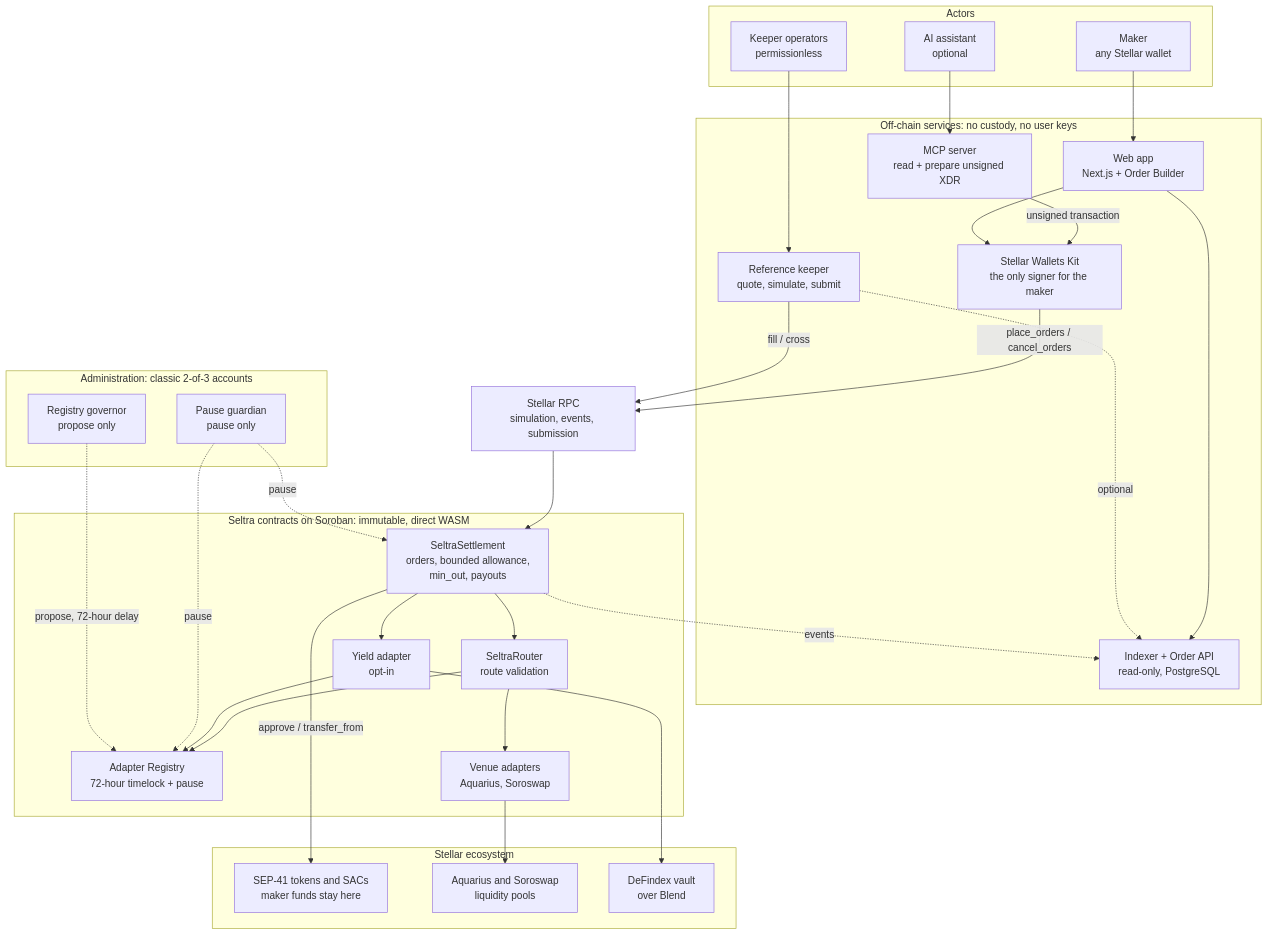
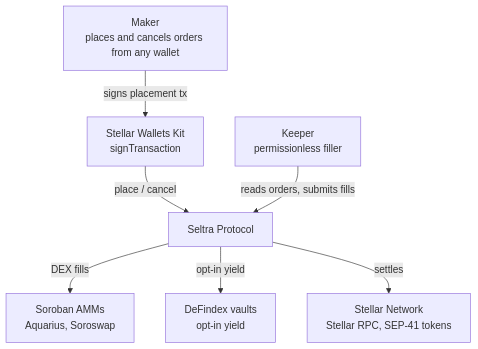
The first of 4 diagrams in ARCHITECTURE-2.md (SeltraFinance/Seltra-Roadmap), drawn with Mermaid before and after one commit. The commit also changed other lines of this file, not shown here.

Commit message:
Update technical architecture doc

````diff
--- a/ARCHITECTURE-2.md
+++ b/ARCHITECTURE-2.md
@@ -43,63 +48,17 @@
 ```mermaid
 flowchart TB
-    subgraph Actors["Actors"]
-        Maker["Maker<br/>any Stellar wallet"]
-        Assistant["AI assistant<br/>optional"]
-        Operator["Keeper operators<br/>permissionless"]
-    end
+    Maker["Maker<br/>places and cancels orders from any wallet"]
+    Keeper["Keeper<br/>permissionless filler"]
+    Wallets["Stellar Wallets Kit<br/>signTransaction"]
+    Seltra["Seltra Protocol"]
+    AMMs["Soroban AMMs<br/>Aquarius, Soroswap"]
+    Vaults["DeFindex vaults<br/>opt-in yield"]
+    Network["Stellar Network<br/>Stellar RPC, SEP-41 tokens"]
 
-    subgraph OffChain["Off-chain services: no custody, no user keys"]
-        App["Web app<br/>Next.js + Order Builder"]
-        MCP["MCP server<br/>read + prepare unsigned XDR"]
-        Wallet["Stellar Wallets Kit<br/>the only signer for the maker"]
-        KeeperSvc["Reference keeper<br/>quote, simulate, submit"]
-        API["Indexer + Order API<br/>read-only, PostgreSQL"]
-    end
-
-    RPC["Stellar RPC<br/>simulation, events, submission"]
-
-    subgraph Seltra["Seltra contracts on Soroban: immutable, direct WASM"]
-        Settlement["SeltraSettlement<br/>orders, bounded allowance,<br/>min_out, payouts"]
-        Router["SeltraRouter<br/>route validation"]
-        Registry["Adapter Registry<br/>72-hour timelock + pause"]
-        Venues["Venue adapters<br/>Aquarius, Soroswap"]
-        YieldA["Yield adapter<br/>opt-in"]
-    end
-
-    subgraph Admin["Administration: classic 2-of-3 accounts"]
-        Guardian["Pause guardian<br/>pause only"]
-        Governor["Registry governor<br/>propose only"]
-    end
-
-    subgraph Ecosystem["Stellar ecosystem"]
-        Tokens["SEP-41 tokens and SACs<br/>maker funds stay here"]
-        AMMs["Aquarius and Soroswap<br/>liquidity pools"]
-        Vault["DeFindex vault<br/>over Blend"]
-    end
-
-    Maker --> App
-    Assistant --> MCP
-    MCP -->|unsigned transaction| Wallet
-    App --> Wallet
-    App --> API
-    Operator --> KeeperSvc
-    KeeperSvc -.->|optional| API
-
-    Wallet -->|place_orders / cancel_orders| RPC
-    KeeperSvc -->|fill / cross| RPC
-    RPC --> Settlement
-
-    Settlement --> Router
-    Router --> Venues
-    Router --> Registry
-    Settlement --> YieldA
-    YieldA --> Registry
-    Settlement -->|approve / transfer_from| Tokens
-    Venues --> AMMs
-    YieldA --> Vault
-    Settlement -.->|events| API
-
-    Guardian -.->|pause| Settlement
-    Guardian -.->|pause| Registry
-    Governor -.->|propose, 72-hour delay| Registry
+    Maker -->|signs placement tx| Wallets
+    Wallets -->|place / cancel| Seltra
+    Keeper -->|reads orders, submits fills| Seltra
+    Seltra -->|DEX fills| AMMs
+    Seltra -->|opt-in yield| Vaults
+    Seltra -->|settles| Network
 ```
````
